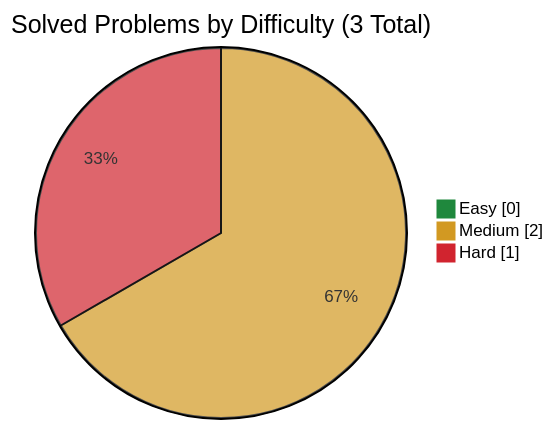
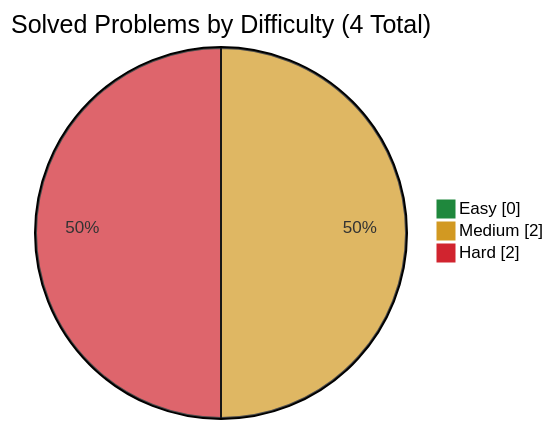
Before and after one commit to simonesiega/leetcode-solutions: the diagram in companies/roblox/README.md, drawn with Mermaid. The commit also changed other lines of this file and 6 other files, not shown here.

````diff
--- a/companies/roblox/README.md
+++ b/companies/roblox/README.md
@@ -15,8 +15,8 @@
 ```mermaid
 %%{init: {"themeVariables": {"pie1": "#1f883d", "pie2": "#d29922", "pie3": "#d1242f"}}}%%
 pie showData
-    title Solved Problems by Difficulty (3 Total)
+    title Solved Problems by Difficulty (4 Total)
     "Easy" : 0
     "Medium" : 2
-    "Hard" : 1
+    "Hard" : 2
 ```
````
